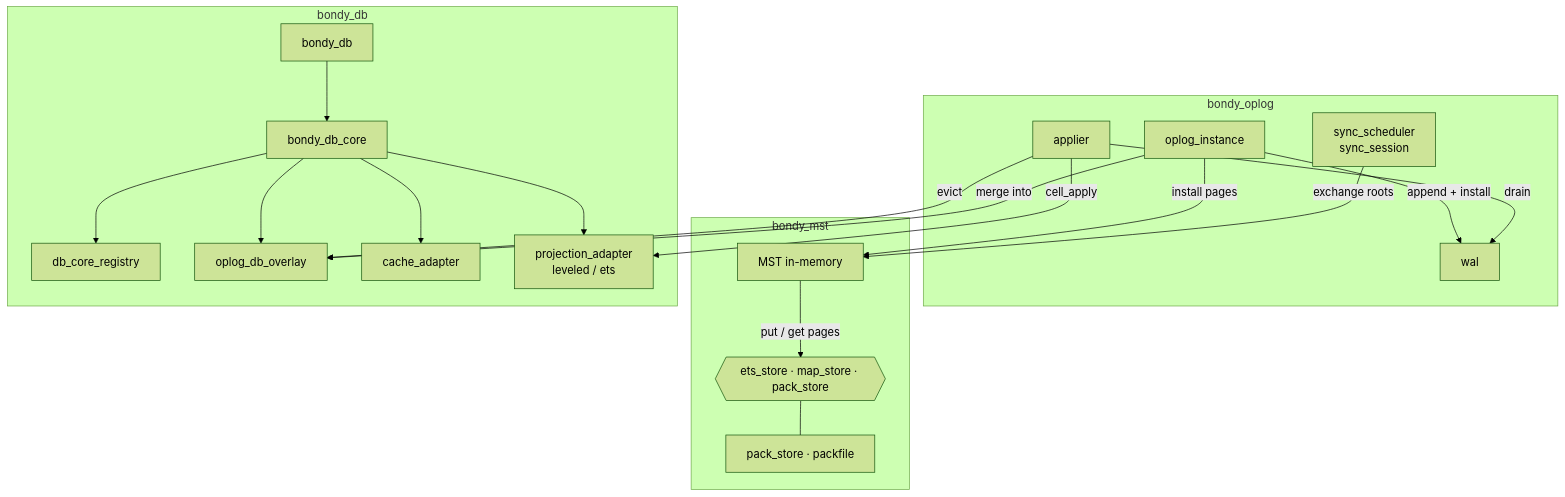
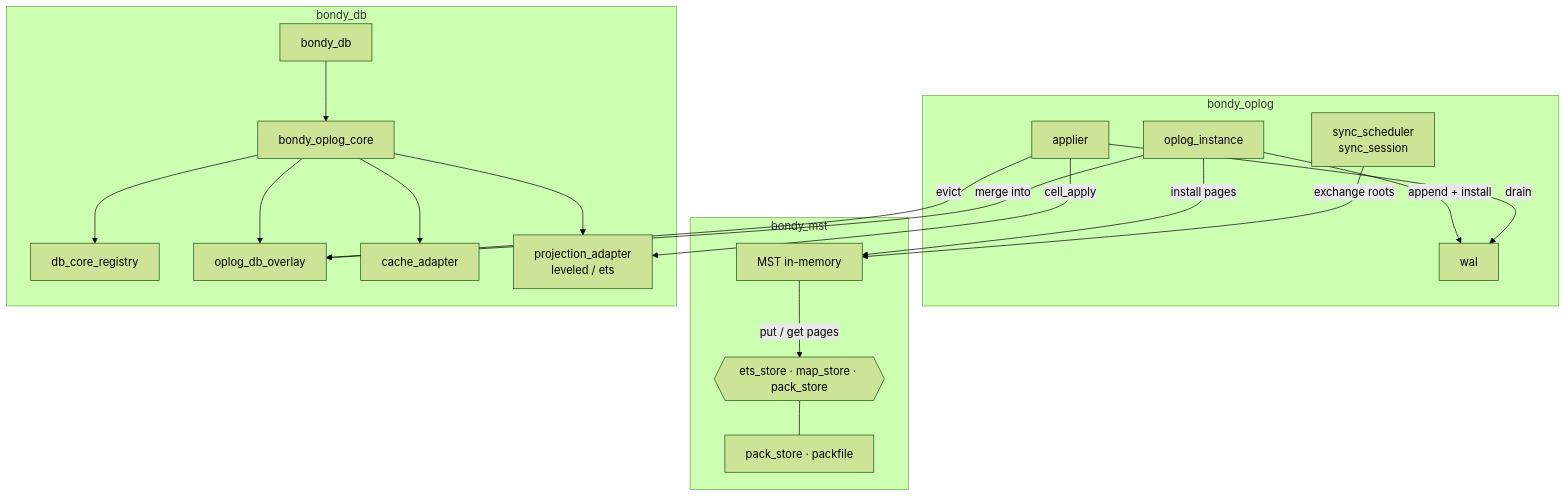
The fifth of 5 diagrams in doc_extras/architecture/00_overview.md (bondy-io/bondy_mst), drawn with Mermaid (forest theme) before and after one commit. The commit also changed other lines of this file and 265 other files, not shown here.

````diff
--- a/doc_extras/architecture/00_overview.md
+++ b/doc_extras/architecture/00_overview.md
@@ -169,39 +169,39 @@
 ```mermaid
 flowchart TB
     subgraph BONDY_OPLOG["bondy_oplog"]
         OPLOG_INST["oplog_instance"]
         WAL["wal"]
         SYNC["sync_scheduler<br/>sync_session"]
         APP["applier"]
     end
     subgraph BONDY_MST["bondy_mst"]
         TREE["MST in-memory"]
         PSTORE["pack_store · packfile"]
         STORES{{"ets_store · map_store · pack_store"}}
     end
     subgraph BONDY_DB["bondy_db"]
         FACADE["bondy_db"]
-        CORE["bondy_db_core"]
+        CORE["bondy_oplog_core"]
         REG["db_core_registry"]
         OVERLAY["oplog_db_overlay"]
         CACHE["cache_adapter"]
         PROJ["projection_adapter<br/>leveled / ets"]
     end
 
     OPLOG_INST -->|"append + install"| WAL
     OPLOG_INST -->|"install pages"| TREE
     TREE -->|"put / get pages"| STORES
     STORES --- PSTORE
     APP -->|"drain"| WAL
     APP -->|"cell_apply"| PROJ
     APP -->|"evict"| OVERLAY
     SYNC -->|"exchange roots"| TREE
 
     FACADE --> CORE
     CORE --> REG
     CORE --> CACHE
     CORE --> OVERLAY
     CORE --> PROJ
 
     OPLOG_INST -->|"merge into"| OVERLAY
 ```
````
